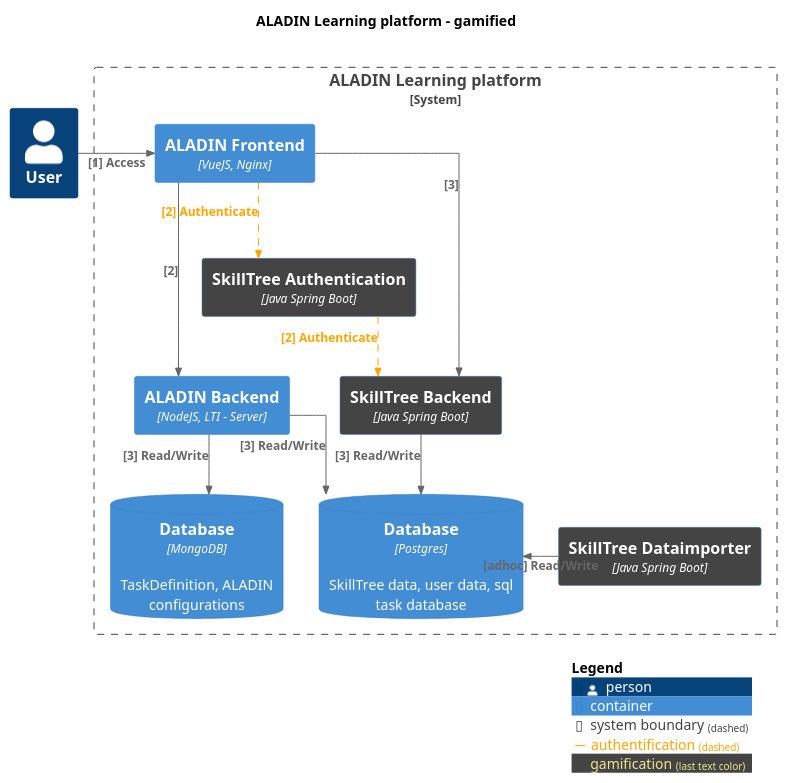
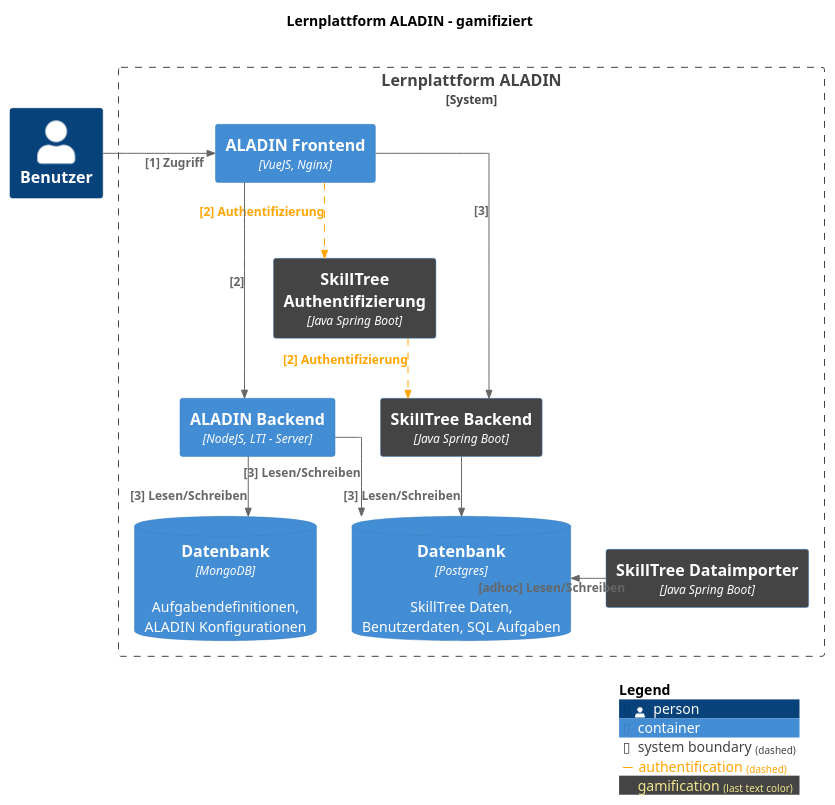
The diagram in diagrams/achitecture_after.puml (a-schulz/aladin_GAMIFY), drawn with PlantUML before and after one commit. The commit also changed 3 other files, not shown here.

Commit message:
translated graphics

```diff
--- a/diagrams/achitecture_after.puml
+++ b/diagrams/achitecture_after.puml
@@ -1,39 +1,39 @@
 @startuml architecture_after
 !include https://raw.githubusercontent.com/plantuml-stdlib/C4-PlantUML/master/C4_Container.puml
 'skinparam linetype polyline
 skinparam linetype ortho
 
 ' Diagram title
-title ALADIN Learning platform - gamified\n
+title Lernplattform ALADIN - gamifiziert\n
 
 AddRelTag("authentification", $textColor="orange", $lineColor="orange", $lineStyle = DashedLine())
 AddElementTag("gamification", $bgColor="#444444")
 ' Diagram syntax
-Person(person, "User")
+Person(person, "Benutzer")
 
 ' Diagram syntax
-System_Boundary(aladin, "ALADIN Learning platform") {
-    Container(gamify_authentication, "SkillTree Authentication", "Java Spring Boot", $tags="gamification")
+System_Boundary(aladin, "Lernplattform ALADIN") {
+    Container(gamify_authentication, "SkillTree Authentifizierung", "Java Spring Boot", $tags="gamification")
     Container(gamify_dataimporter, "SkillTree Dataimporter", "Java Spring Boot", $tags="gamification")
     Container(gamify, "SkillTree Backend", "Java Spring Boot", $tags="gamification")
     Container(aladin_backend, "ALADIN Backend", "NodeJS, LTI - Server")
     Container(aladin_frontend, "ALADIN Frontend", "VueJS, Nginx")
-    ContainerDb(dbpg, "Database", "Postgres", "SkillTree data, user data, sql task database")
-    ContainerDb(dbmongo, "Database", "MongoDB", "TaskDefinition, ALADIN configurations")
+    ContainerDb(dbpg, "Datenbank", "Postgres", "SkillTree Daten, Benutzerdaten, SQL Aufgaben")
+    ContainerDb(dbmongo, "Datenbank", "MongoDB", "Aufgabendefinitionen, ALADIN Konfigurationen")
 }
 
-Rel_R(person, aladin_frontend, "[1] Access")
-Rel(aladin_frontend, gamify_authentication, "[2] Authenticate", $tags="authentification")
-Rel(gamify_authentication, gamify, "[2] Authenticate", $tags="authentification")
+Rel_R(person, aladin_frontend, "[1] Zugriff")
+Rel(aladin_frontend, gamify_authentication, "[2] Authentifizierung", $tags="authentification")
+Rel(gamify_authentication, gamify, "[2] Authentifizierung", $tags="authentification")
 Rel(aladin_frontend, aladin_backend, "[2]")
 Rel(aladin_frontend, gamify, "[3]")
-Rel(gamify, dbpg, "[3] Read/Write")
-Rel_L(gamify_dataimporter, dbpg, "[adhoc] Read/Write")
-Rel(aladin_backend, dbmongo, "[3] Read/Write")
-Rel(aladin_backend, dbpg, "[3] Read/Write")
+Rel(gamify, dbpg, "[3] Lesen/Schreiben")
+Rel_L(gamify_dataimporter, dbpg, "[adhoc] Lesen/Schreiben")
+Rel(aladin_backend, dbmongo, "[3] Lesen/Schreiben")
+Rel(aladin_backend, dbpg, "[3] Lesen/Schreiben")
 Lay_L(dbpg, aladin_backend)
 ' Use complete legend
 LAYOUT_WITH_LEGEND()
 ' calculated legend, only show used items
 SHOW_LEGEND()
 @enduml
```
